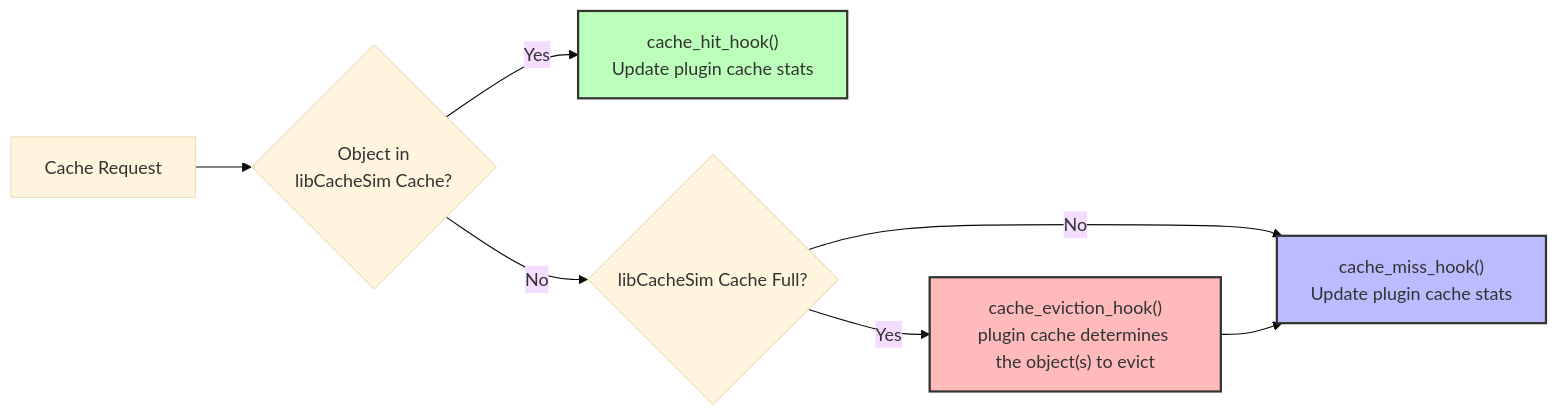
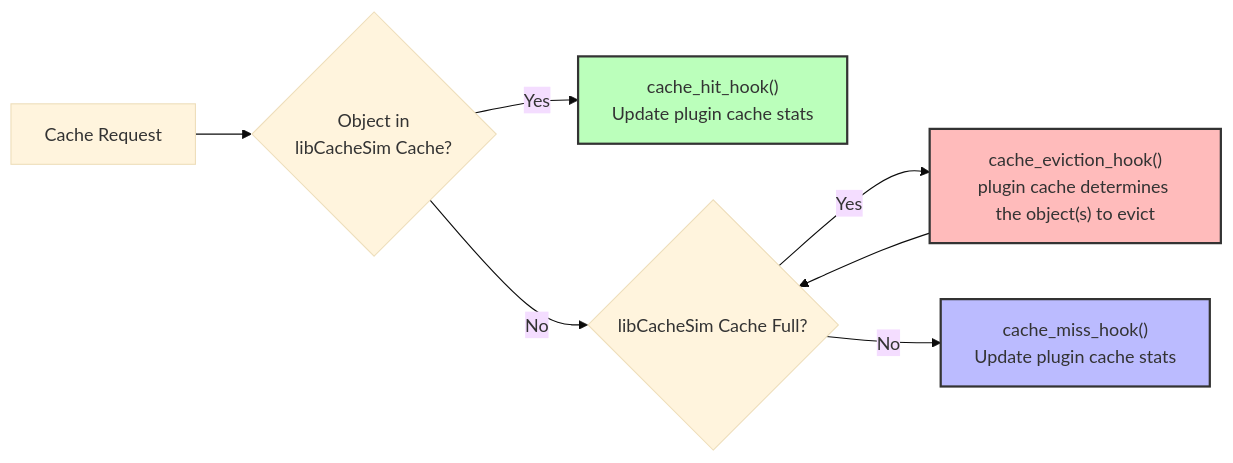
One commit to HarvardMadSys/cs2640_project_2026Spring changed the first of 2 diagrams in doc/quickstart_plugin.md. Above: the diagram before and after it, drawn with Mermaid (base theme). The commit also changed other lines of this file and 1 other file, not shown here.

````diff
--- a/doc/quickstart_plugin.md
+++ b/doc/quickstart_plugin.md
@@ -13,13 +13,13 @@
 ```mermaid
 graph LR
     C[Cache Request] --> D{Object in<br/>libCacheSim Cache?}
     D -->|Yes| E["cache_hit_hook()<br/>Update plugin cache stats"]
     D -->|No| F{libCacheSim Cache Full?}
     F -->|Yes| G["cache_eviction_hook()<br/>plugin cache determines the object(s) to evict"]
     F -->|No| H["cache_miss_hook()<br/>Update plugin cache stats"]
-    G --> H
+    G --> F
 
     style E fill:#bfb,stroke:#333,stroke-width:2px
     style G fill:#fbb,stroke:#333,stroke-width:2px
     style H fill:#bbf,stroke:#333,stroke-width:2px
 ```
````
